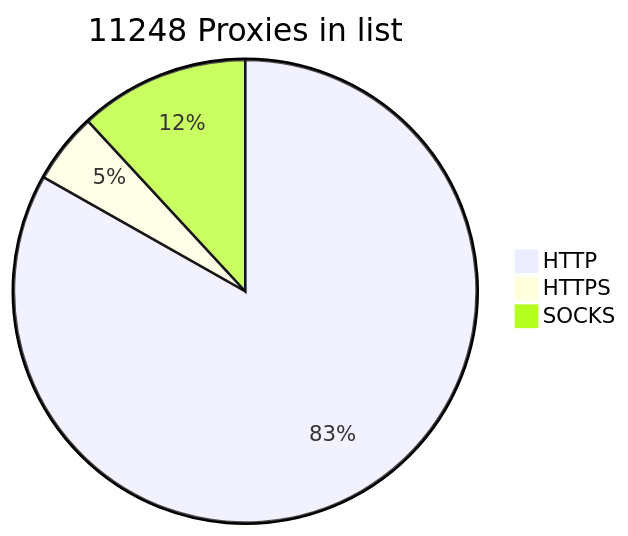
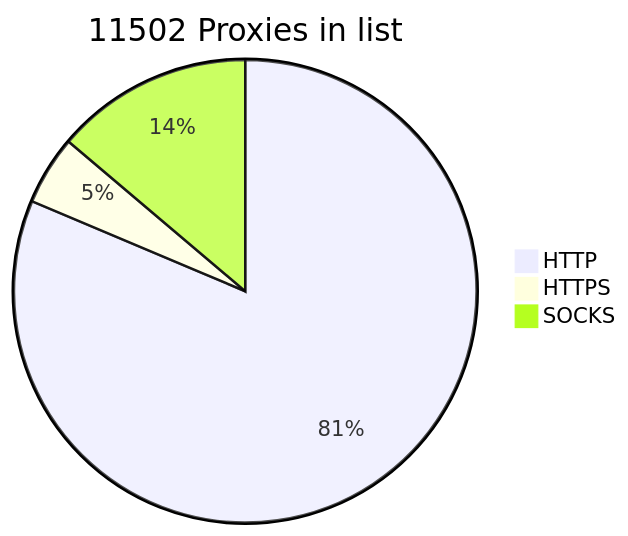
One commit to BlackSnowDot/proxylist-update-every-minute changed the diagram in README.md. Above: the diagram before and after it, drawn with Mermaid. The commit also changed other lines of this file, not shown here.

````diff
--- a/README.md
+++ b/README.md
@@ -2,6 +2,6 @@
 ```mermaid
-pie title 11248 Proxies in list
-    "HTTP" : 9357
+pie title 11502 Proxies in list
+    "HTTP" : 9358
     "HTTPS": 555
-    "SOCKS" : 1336
+    "SOCKS" : 1589
 ```
````
